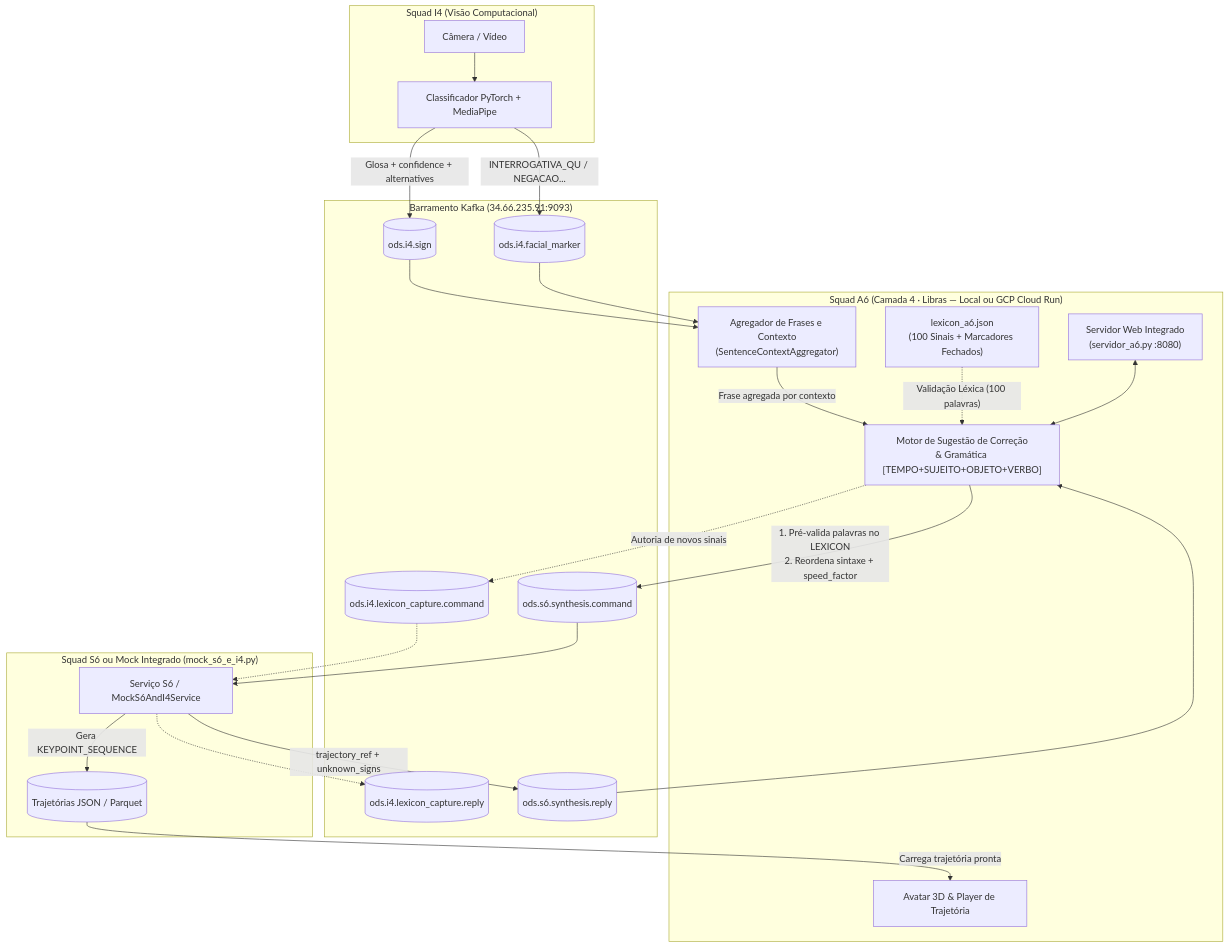
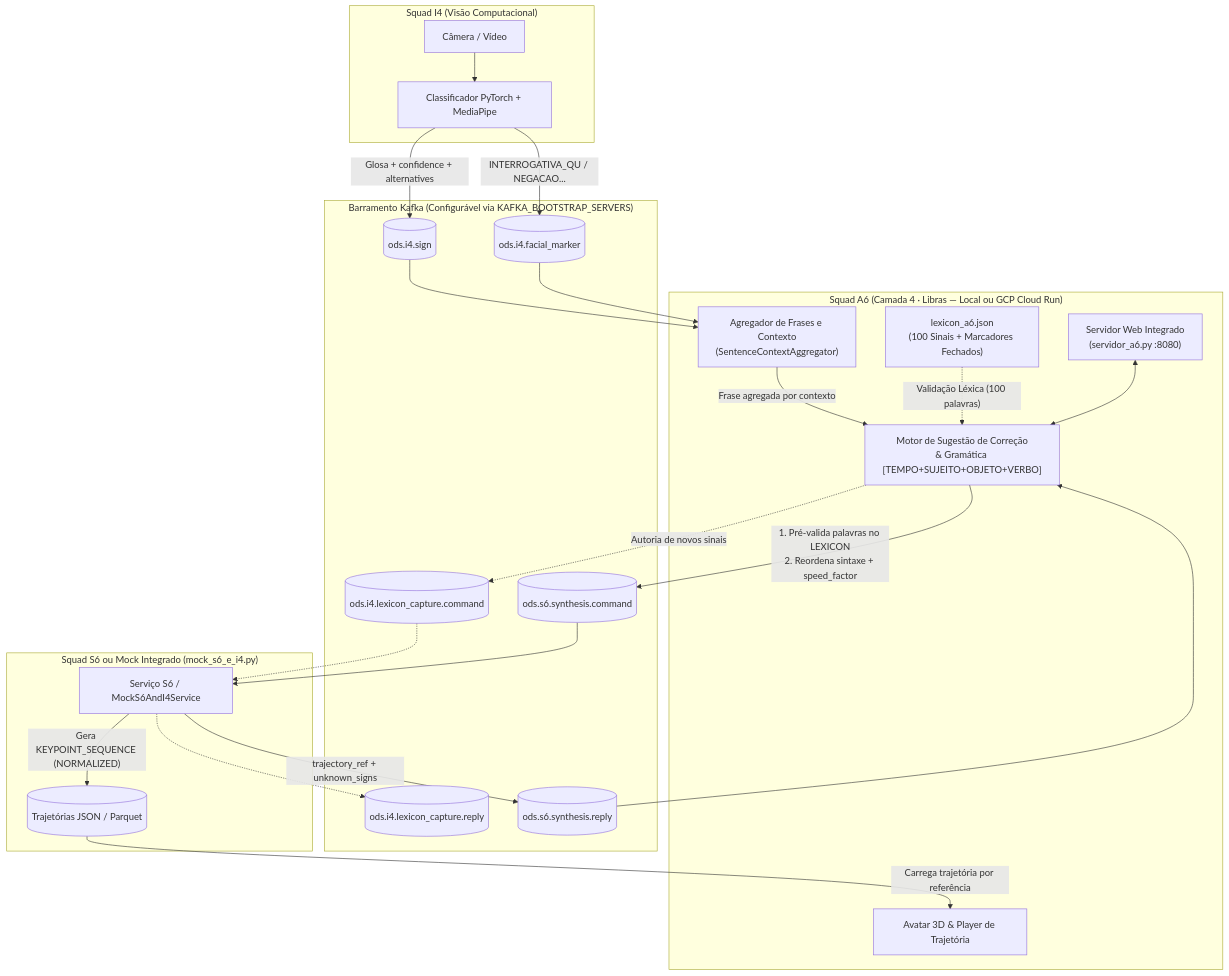
Before and after one commit to ods-26-2/a6: the diagram in README.md, drawn with Mermaid. The commit also changed other lines of this file and 6 other files, not shown here.

Commit message:
build: update Dockerfile and documentation for avatar assets and Kafka setup

````diff
--- a/README.md
+++ b/README.md
@@ -18,45 +11,45 @@
 ```mermaid
 flowchart TB
     subgraph I4["Squad I4 (Visão Computacional)"]
         CAM["Câmera / Vídeo"] --> I4_MOD["Classificador PyTorch + MediaPipe"]
     end
 
-    subgraph KAFKA["Barramento Kafka (34.66.235.91:9093)"]
+    subgraph KAFKA["Barramento Kafka (Configurável via KAFKA_BOOTSTRAP_SERVERS)"]
         T_SIGN[("ods.i4.sign")]
         T_MARK[("ods.i4.facial_marker")]
         T_CAP_CMD[("ods.i4.lexicon_capture.command")]
         T_CAP_RPL[("ods.i4.lexicon_capture.reply")]
         T_SYN_CMD[("ods.s6.synthesis.command")]
         T_SYN_RPL[("ods.s6.synthesis.reply")]
     end
 
     subgraph A6["Squad A6 (Camada 4 · Libras — Local ou GCP Cloud Run)"]
         WEB["Servidor Web Integrado<br/>(servidor_a6.py :8080)"]
         LEX["lexicon_a6.json<br/>(100 Sinais + Marcadores Fechados)"]
         AGG["Agregador de Frases e Contexto<br/>(SentenceContextAggregator)"]
         SUG["Motor de Sugestão de Correção<br/>& Gramática [TEMPO+SUJEITO+OBJETO+VERBO]"]
         AVATAR["Avatar 3D & Player de Trajetória"]
     end
 
     subgraph S6["Squad S6 ou Mock Integrado (mock_s6_e_i4.py)"]
         S6_SRV["Serviço S6 / MockS6AndI4Service"]
         TRAJ[("Trajetórias JSON / Parquet")]
     end
 
     I4_MOD -->|"Glosa + confidence + alternatives"| T_SIGN
     I4_MOD -->|"INTERROGATIVA_QU / NEGACAO..."| T_MARK
     T_SIGN --> AGG
     T_MARK --> AGG
     AGG -->|"Frase agregada por contexto"| SUG
     LEX -.->|"Validação Léxica (100 palavras)"| SUG
     WEB <--> SUG
     SUG -->|"1. Pré-valida palavras no LEXICON<br/>2. Reordena sintaxe + speed_factor"| T_SYN_CMD
     SUG -.->|"Autoria de novos sinais"| T_CAP_CMD
     T_CAP_CMD -.-> S6_SRV
     S6_SRV -.-> T_CAP_RPL
     T_SYN_CMD --> S6_SRV
-    S6_SRV -->|"Gera KEYPOINT_SEQUENCE"| TRAJ
+    S6_SRV -->|"Gera KEYPOINT_SEQUENCE (NORMALIZED)"| TRAJ
     S6_SRV -->|"trajectory_ref + unknown_signs"| T_SYN_RPL
     T_SYN_RPL --> SUG
-    TRAJ -->|"Carrega trajetória pronta"| AVATAR
+    TRAJ -->|"Carrega trajetória por referência"| AVATAR
 ```
````
